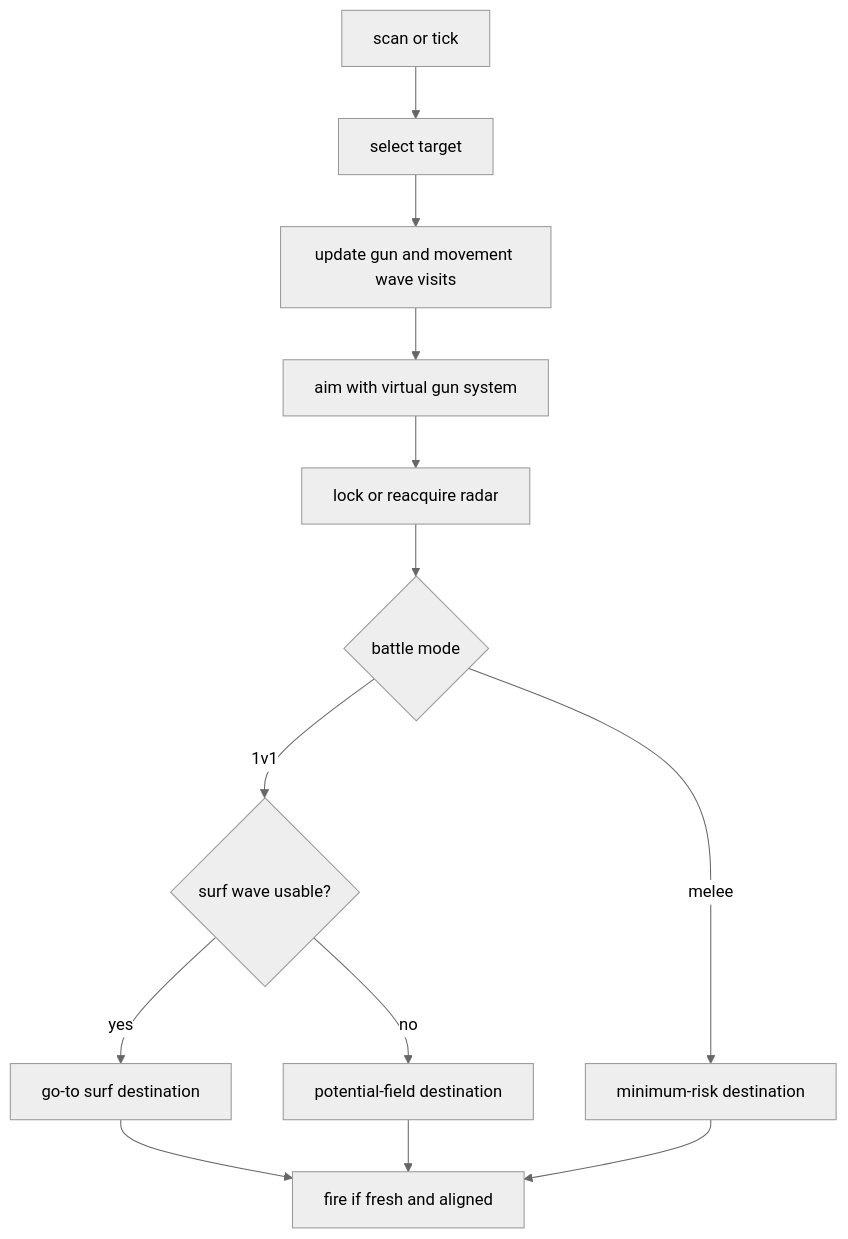
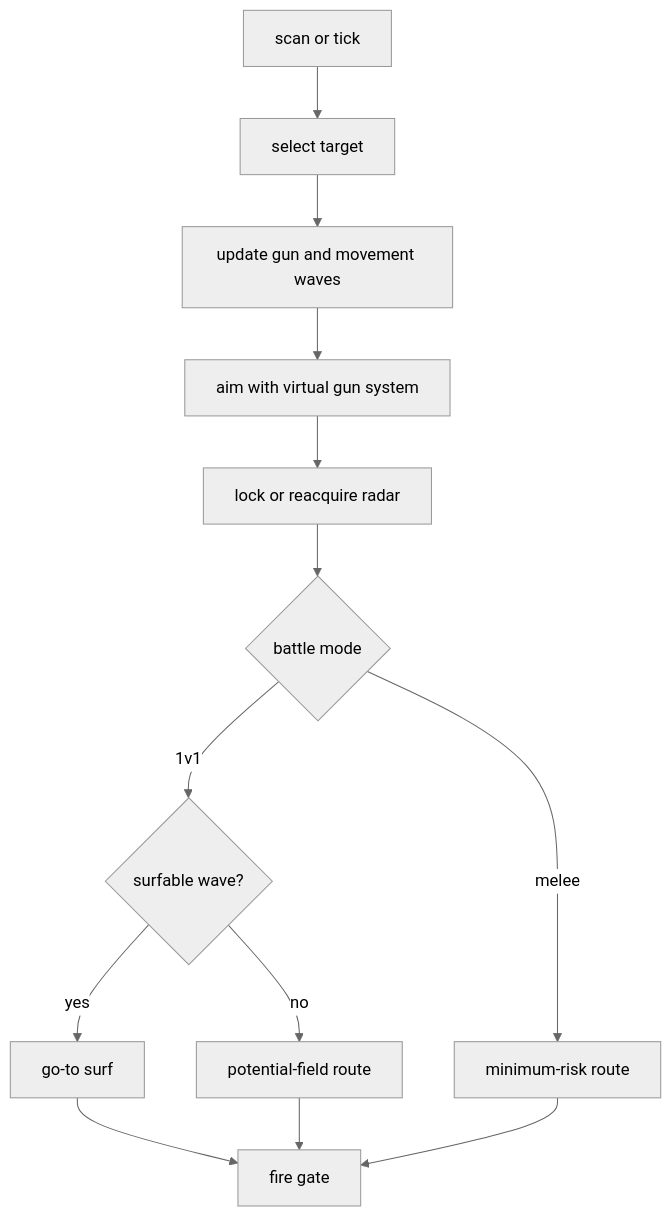
Before and after one commit to fduch-stranger/robocode-bot: the diagram in bots/adaptive-prime/README.md, drawn with Mermaid (neutral theme). The commit also changed other lines of this file and 25 other files, not shown here.

````diff
--- a/bots/adaptive-prime/README.md
+++ b/bots/adaptive-prime/README.md
@@ -31,15 +19,15 @@
 ```mermaid
 flowchart TD
     A["scan or tick"] --> B["select target"]
-    B --> C["update gun and movement wave visits"]
+    B --> C["update gun and movement waves"]
     C --> D["aim with virtual gun system"]
     D --> E["lock or reacquire radar"]
     E --> F{"battle mode"}
-    F -- "1v1" --> G{"surf wave usable?"}
-    G -- "yes" --> H["go-to surf destination"]
-    G -- "no" --> I["potential-field destination"]
-    F -- "melee" --> J["minimum-risk destination"]
-    H --> K["fire if fresh and aligned"]
+    F -- "1v1" --> G{"surfable wave?"}
+    G -- "yes" --> H["go-to surf"]
+    G -- "no" --> I["potential-field route"]
+    F -- "melee" --> J["minimum-risk route"]
+    H --> K["fire gate"]
     I --> K
     J --> K
 ```
````
